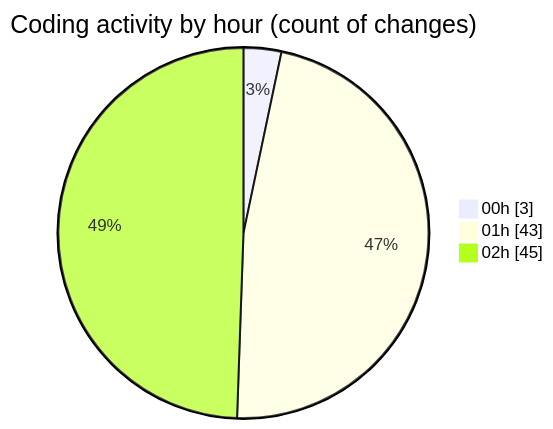
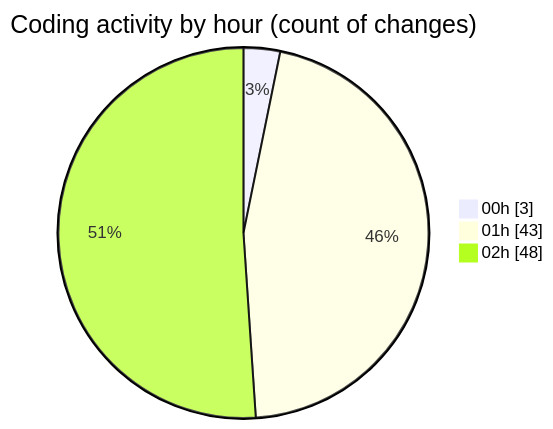
One commit to mevix1/code-tracking changed the second of 2 diagrams in 2025-10-02/oura-api/README.md. Above: the diagram before and after it, drawn with Mermaid. The commit also changed other lines of this file and 1 other file, not shown here.

````diff
--- a/2025-10-02/oura-api/README.md
+++ b/2025-10-02/oura-api/README.md
@@ -95,7 +97,7 @@
 ```mermaid
 pie showData
 title Coding activity by hour (count of changes)
 "00h" : 3
 "01h" : 43
-"02h" : 45
+"02h" : 48
 ```
````
